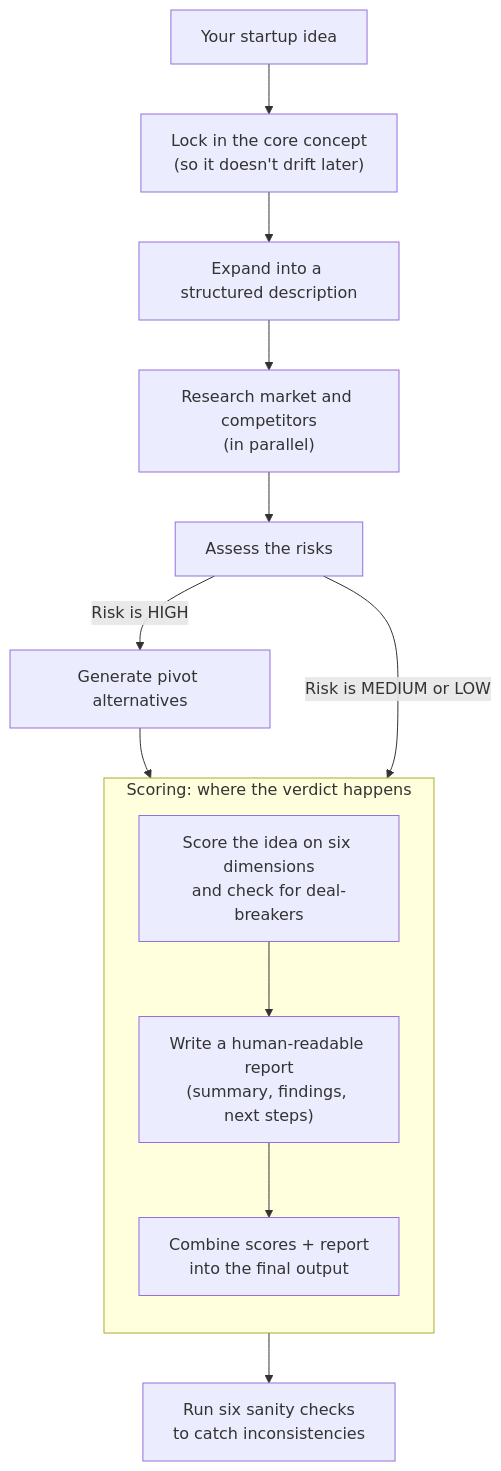
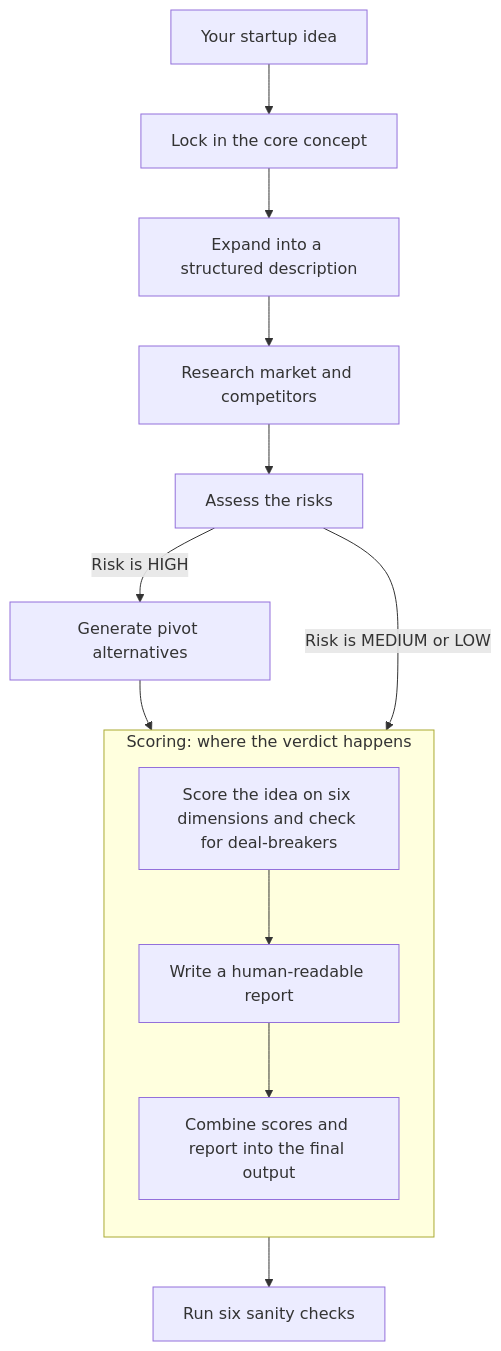
Before and after one commit to arslan70/haytham: the diagram in docs/architecture/scoring-pipeline.md, drawn with Mermaid.

Commit message:
fix: remove literal \n from mermaid diagram node labels

````diff
--- a/docs/architecture/scoring-pipeline.md
+++ b/docs/architecture/scoring-pipeline.md
@@ -9,23 +9,23 @@
 ```mermaid
 flowchart TD
     idea["Your startup idea"]
-    anchor["Lock in the core concept\n(so it doesn't drift later)"]
+    anchor["Lock in the core concept"]
     expand["Expand into a structured description"]
-    research["Research market and competitors\n(in parallel)"]
+    research["Research market and competitors"]
     risk["Assess the risks"]
     pivot["Generate pivot alternatives"]
 
     idea --> anchor --> expand --> research --> risk
     risk -->|"Risk is HIGH"| pivot --> scoring
     risk -->|"Risk is MEDIUM or LOW"| scoring
 
     subgraph scoring ["Scoring: where the verdict happens"]
         direction TB
-        score["Score the idea on six dimensions\nand check for deal-breakers"]
-        report["Write a human-readable report\n(summary, findings, next steps)"]
-        merge["Combine scores + report\ninto the final output"]
+        score["Score the idea on six dimensions and check for deal-breakers"]
+        report["Write a human-readable report"]
+        merge["Combine scores and report into the final output"]
         score --> report --> merge
     end
 
-    scoring --> checks["Run six sanity checks\nto catch inconsistencies"]
+    scoring --> checks["Run six sanity checks"]
 ```
````
